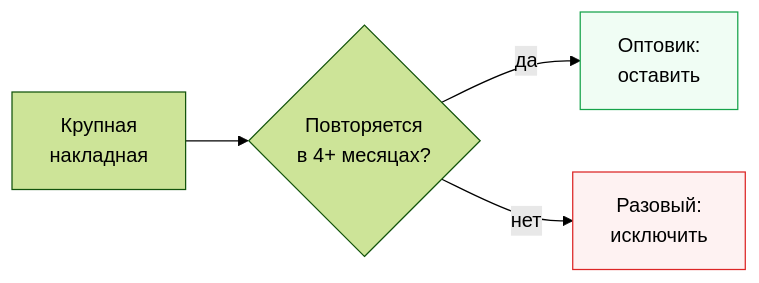
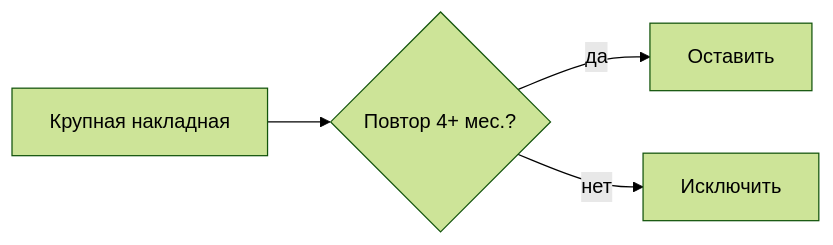
Before and after one commit to BAITC-Hacks/hack-bd80e77f-light: the sixth of 6 diagrams in README.md, drawn with Mermaid (forest theme).

Commit message:
README: minimal outlier diagram

````diff
--- a/README.md
+++ b/README.md
@@ -545,8 +545,5 @@
 ```mermaid
 flowchart LR
-    N["Крупная<br/>накладная"] --> Q{"Повторяется<br/>в 4+ месяцах?"}
-    Q -- да --> K["Оптовик:<br/>оставить"]
-    Q -- нет --> X["Разовый:<br/>исключить"]
-    style X fill:#fef2f2,stroke:#dc2626
-    style K fill:#f0fdf4,stroke:#16a34a
+    N["Крупная накладная"] --> Q{"Повтор 4+ мес.?"} -- да --> K["Оставить"]
+    Q -- нет --> X["Исключить"]
 ```
````
